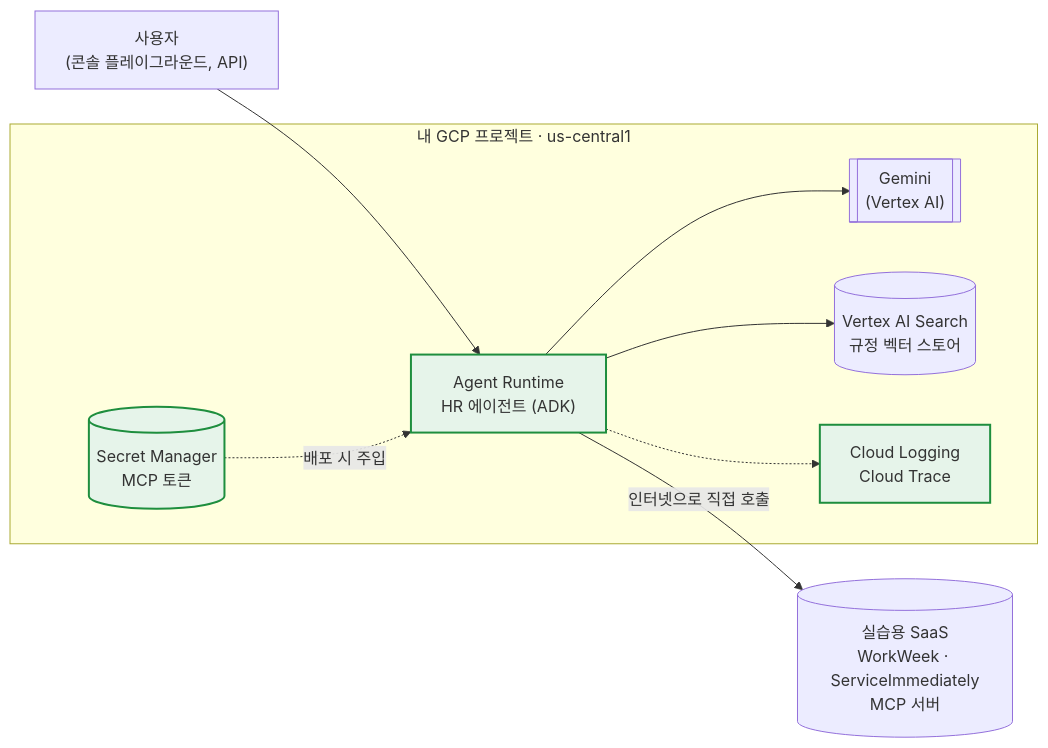
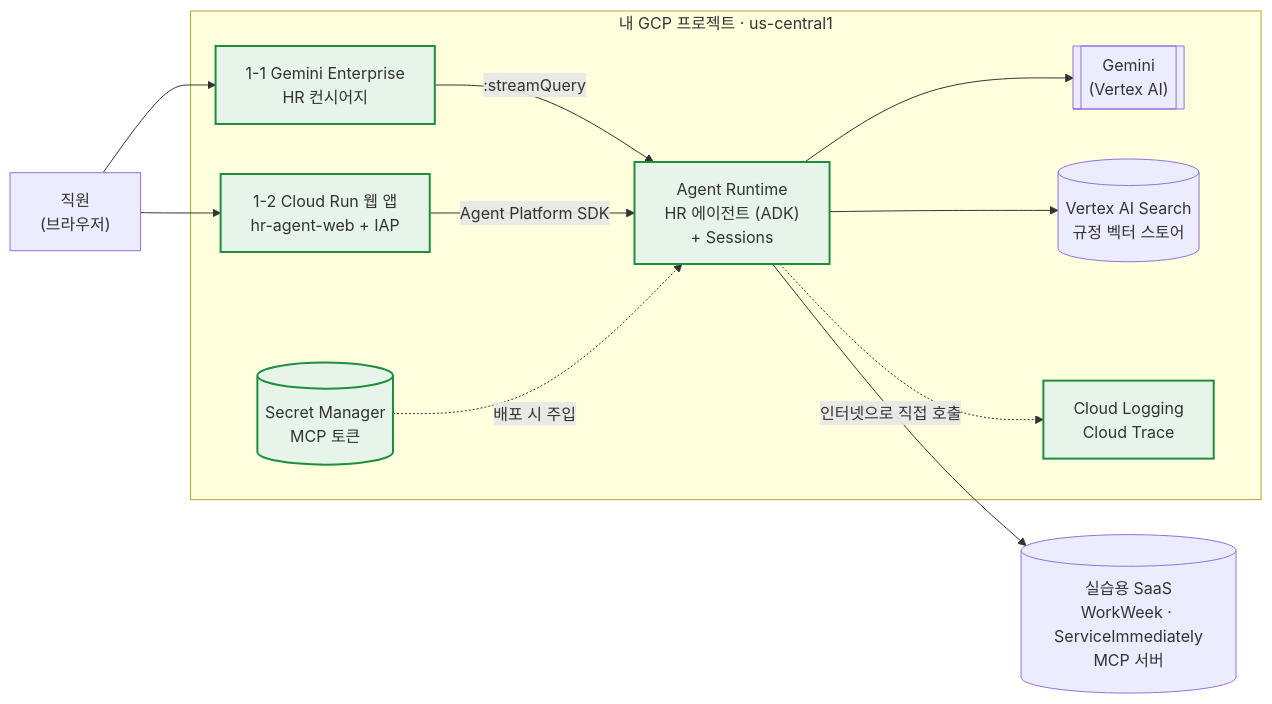
Before and after one commit to p219116/track3-2: the third of 6 diagrams in README.md, drawn with Mermaid. The commit also changed other lines of this file, not shown here.

Commit message:
docs: 1단계에 직원용 화면 옵션 추가 (1-1 Gemini Enterprise 등록, 1-2 Cloud Run 웹 앱 + IAP)

````diff
--- a/README.md
+++ b/README.md
@@ -202,18 +274,23 @@
 ```mermaid
 flowchart LR
-    U["사용자<br/>(콘솔 플레이그라운드, API)"] --> AR
+    E["직원<br/>(브라우저)"] --> GE
+    E --> WEB
     subgraph GCP["내 GCP 프로젝트 · us-central1"]
-        AR["Agent Runtime<br/>HR 에이전트 (ADK)"]
+        GE["1-1 Gemini Enterprise<br/>HR 컨시어지"]
+        WEB["1-2 Cloud Run 웹 앱<br/>hr-agent-web + IAP"]
+        AR["Agent Runtime<br/>HR 에이전트 (ADK)<br/>+ Sessions"]
         SM[("Secret Manager<br/>MCP 토큰")]
         GEM[["Gemini<br/>(Vertex AI)"]]
         VS[("Vertex AI Search<br/>규정 벡터 스토어")]
         OBS["Cloud Logging<br/>Cloud Trace"]
+        GE -- ":streamQuery" --> AR
+        WEB -- "Agent Platform SDK" --> AR
         SM -. 배포 시 주입 .-> AR
         AR --> GEM
         AR --> VS
         AR -.-> OBS
     end
     AR -- "인터넷으로 직접 호출" --> MCP[("실습용 SaaS<br/>WorkWeek · ServiceImmediately<br/>MCP 서버")]
     classDef new fill:#e6f4ea,stroke:#1e8e3e,stroke-width:2px;
-    class AR,SM,OBS new
+    class GE,WEB,AR,SM,OBS new
 ```
````
